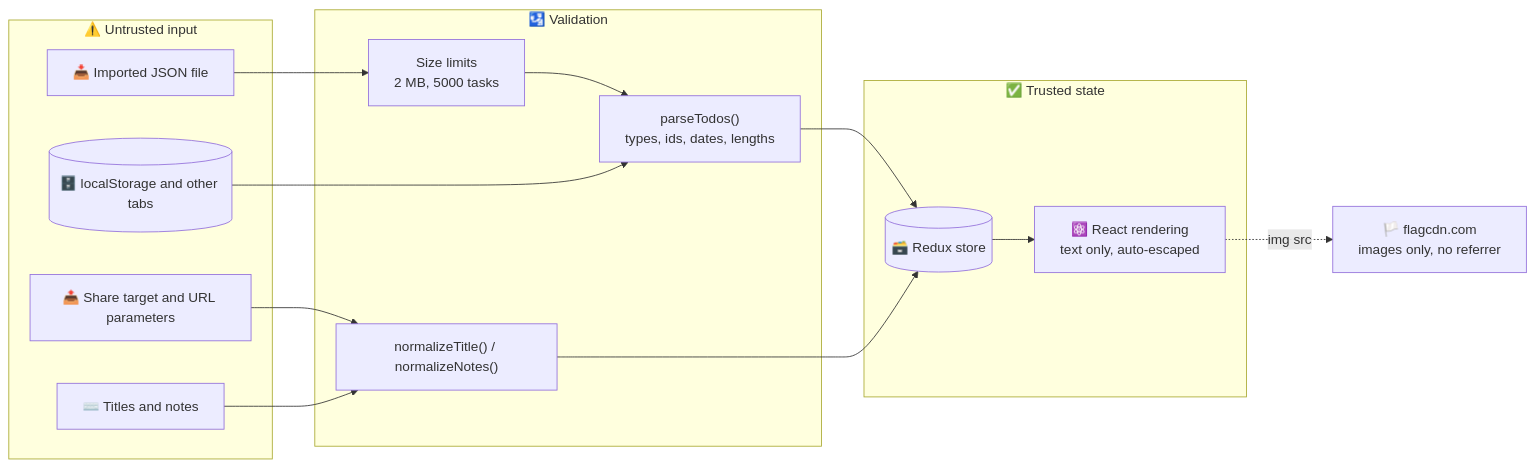
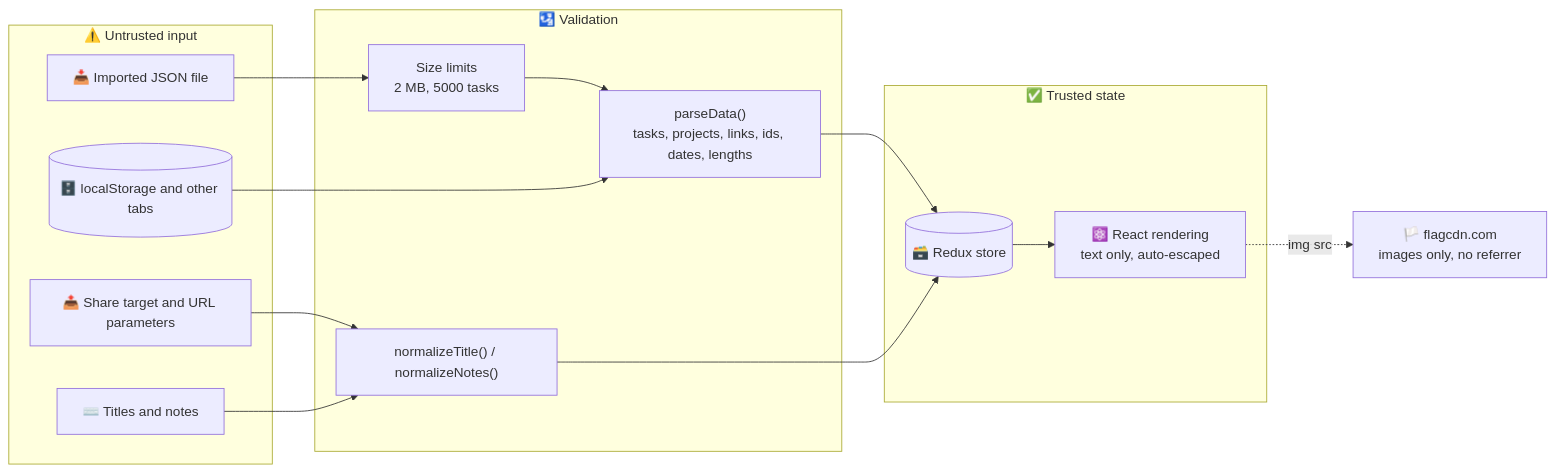
The first of 2 diagrams in docs/security.md (sacrificed666/react-todo-app), drawn with Mermaid before and after one commit. The commit also changed other lines of this file and 173 other files, not shown here.

````diff
--- a/docs/security.md
+++ b/docs/security.md
@@ -9,31 +9,31 @@
 ```mermaid
 flowchart LR
   subgraph Untrusted["⚠️ Untrusted input"]
     File[📥 Imported JSON file]
     Share[📤 Share target and URL parameters]
     Storage[(🗄️ localStorage and other tabs)]
     Typing[⌨️ Titles and notes]
   end
 
   subgraph Gate["🛂 Validation"]
     Limits["Size limits<br/>2 MB, 5000 tasks"]
-    Parse["parseTodos()<br/>types, ids, dates, lengths"]
+    Parse["parseData()<br/>tasks, projects, links, ids, dates, lengths"]
     Normalize["normalizeTitle() / normalizeNotes()"]
   end
 
   subgraph App["✅ Trusted state"]
     Store[(🗃️ Redux store)]
     React["⚛️ React rendering<br/>text only, auto-escaped"]
   end
 
   Flags["🏳️ flagcdn.com<br/>images only, no referrer"]
 
   File --> Limits --> Parse
   Storage --> Parse
   Share --> Normalize
   Typing --> Normalize
   Parse --> Store
   Normalize --> Store
   Store --> React
   React -. "img src" .-> Flags
 ```
````
